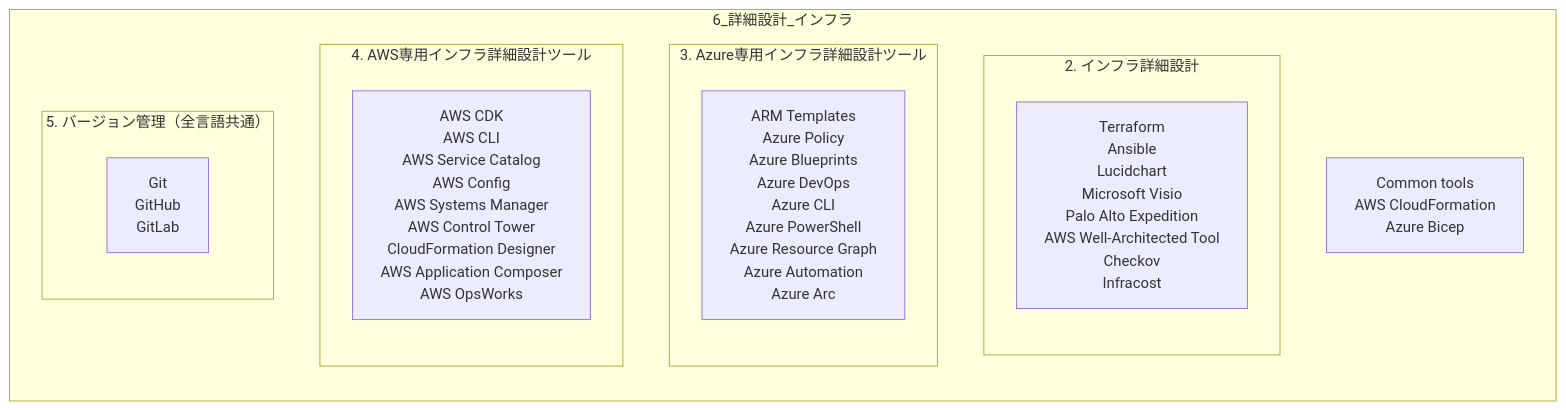
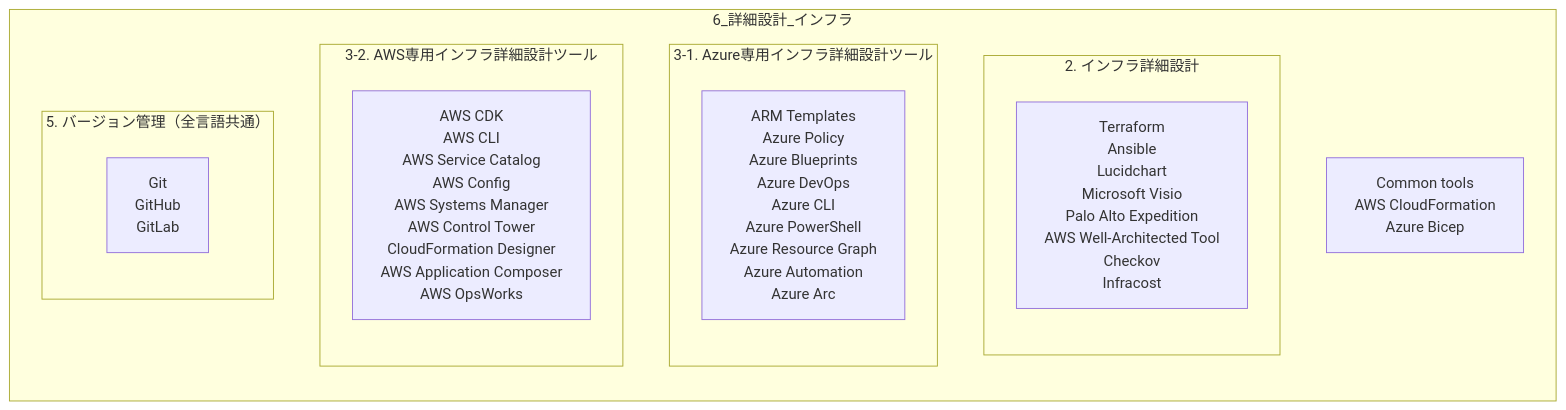
One commit to infinith4/dev-moderndev changed the seventh of 13 diagrams in docs/dev_process_mermaid.md. Above: the diagram before and after it, drawn with Mermaid. The commit also changed other lines of this file, not shown here.

````diff
--- a/docs/dev_process_mermaid.md
+++ b/docs/dev_process_mermaid.md
@@ -165,24 +187,24 @@
 ```mermaid
 %%{init: {'flowchart': {'htmlLabels': true}}}%%
 flowchart TB
     subgraph P6[6_詳細設計_インフラ]
         direction TB
         P6_common["Common tools<br/>AWS CloudFormation<br/>Azure Bicep"]
         subgraph P6s1[2. インフラ詳細設計]
             direction TB
             P6s1_t["Terraform<br/>Ansible<br/>Lucidchart<br/>Microsoft Visio<br/>Palo Alto Expedition<br/>AWS Well-Architected Tool<br/>Checkov<br/>Infracost"]
         end
-        subgraph P6s2[3. Azure専用インフラ詳細設計ツール]
+        subgraph P6s2[3-1. Azure専用インフラ詳細設計ツール]
             direction TB
             P6s2_t["ARM Templates<br/>Azure Policy<br/>Azure Blueprints<br/>Azure DevOps<br/>Azure CLI<br/>Azure PowerShell<br/>Azure Resource Graph<br/>Azure Automation<br/>Azure Arc"]
         end
-        subgraph P6s3[4. AWS専用インフラ詳細設計ツール]
+        subgraph P6s3[3-2. AWS専用インフラ詳細設計ツール]
             direction TB
             P6s3_t["AWS CDK<br/>AWS CLI<br/>AWS Service Catalog<br/>AWS Config<br/>AWS Systems Manager<br/>AWS Control Tower<br/>CloudFormation Designer<br/>AWS Application Composer<br/>AWS OpsWorks"]
         end
         subgraph P6s4[5. バージョン管理（全言語共通）]
             direction TB
             P6s4_t["Git<br/>GitHub<br/>GitLab"]
         end
     end
 ```
````
